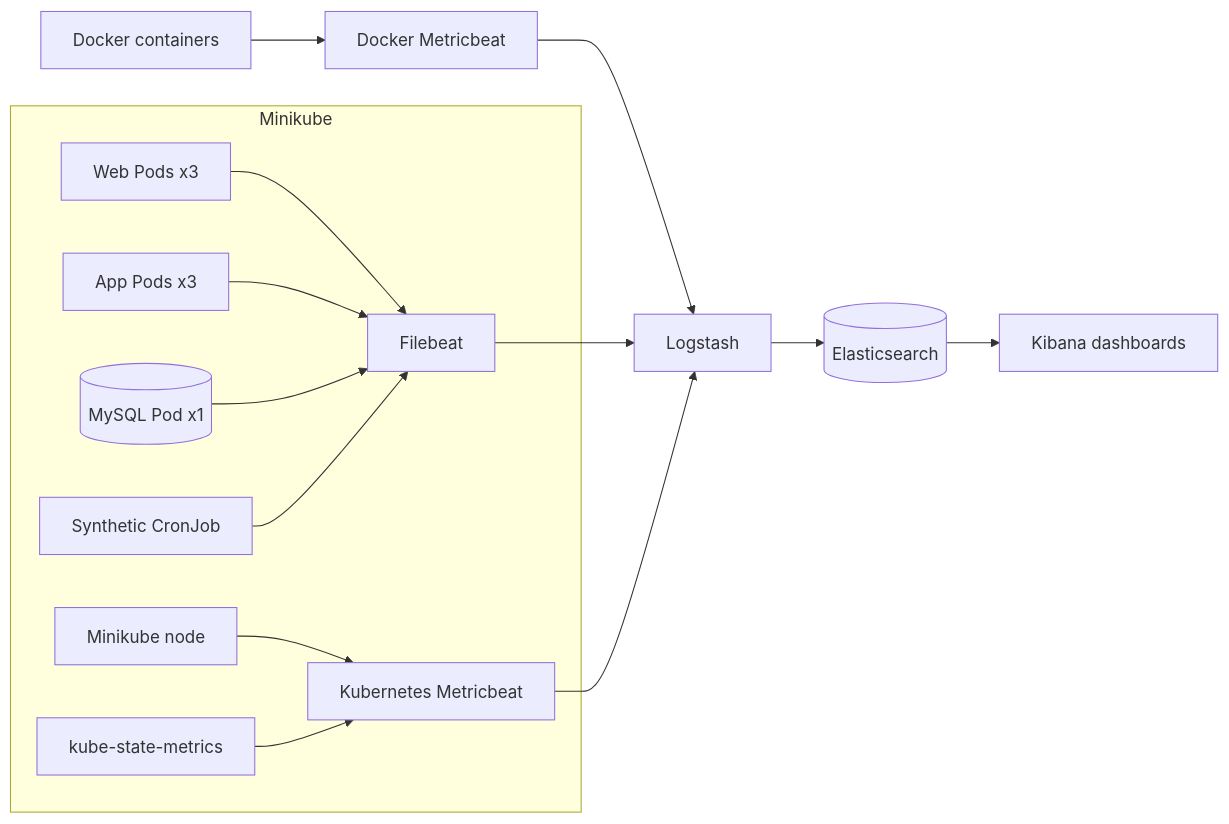
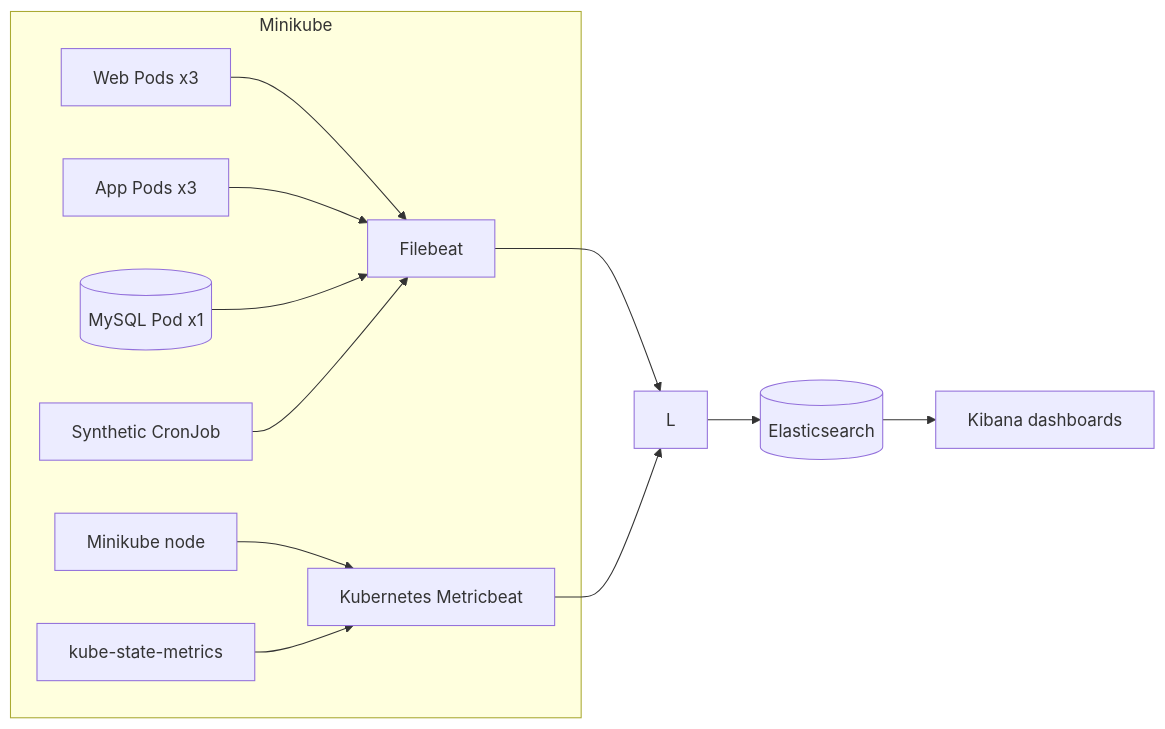
Before and after one commit to tanthanh85/devops: the diagram in lab/Lab 06 - Monitor with the Elastic Stack/Lab6.md, drawn with Mermaid. The commit also changed other lines of this file and 3 other files, not shown here.

````diff
--- a/lab/Lab 06 - Monitor with the Elastic Stack/Lab6.md
+++ b/lab/Lab 06 - Monitor with the Elastic Stack/Lab6.md
@@ -23,25 +22,23 @@
 ```mermaid
 flowchart LR
-    D[Docker containers] --> DM[Docker Metricbeat]
     subgraph K[Minikube]
       MN[Minikube node]
       W[Web Pods x3]
       A[App Pods x3]
       DB[(MySQL Pod x1)]
       S[Synthetic CronJob]
       F[Filebeat]
       KM[Kubernetes Metricbeat]
       KS[kube-state-metrics]
       W --> F
       A --> F
       DB --> F
       S --> F
       MN --> KM
       KS --> KM
     end
-    DM --> L[Logstash]
     F --> L
     KM --> L
     L --> E[(Elasticsearch)]
     E --> B[Kibana dashboards]
 ```
````
